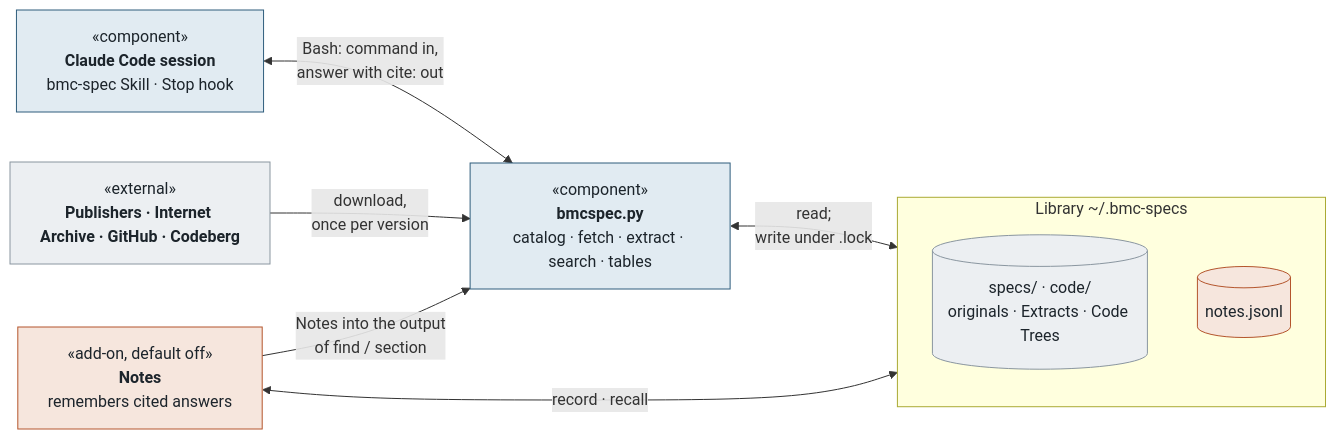
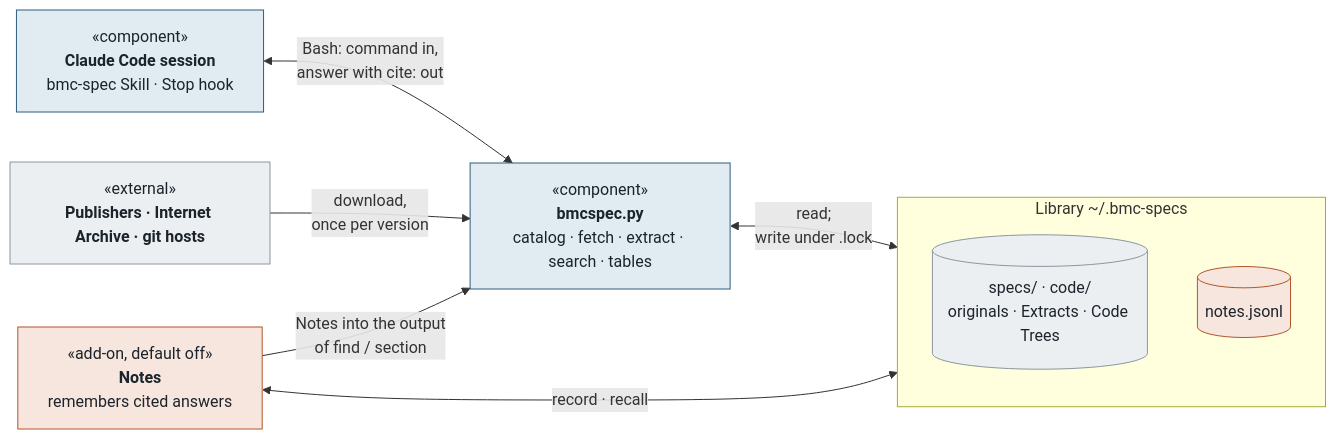
One commit to ianmhuang/bmc-toolkit changed the first of 2 diagrams in README.md. Above: the diagram before and after it, drawn with Mermaid. The commit also changed other lines of this file and 6 other files, not shown here.

````diff
--- a/README.md
+++ b/README.md
@@ -23,20 +23,20 @@
 ```mermaid
 flowchart LR
     S["«component»<br/><b>Claude Code session</b><br/>bmc-spec Skill · Stop hook"]:::read
     T["«component»<br/><b>bmcspec.py</b><br/>catalog · fetch · extract · search · tables"]:::read
     N["«add-on, default off»<br/><b>Notes</b><br/>remembers cited answers"]:::mem
-    W["«external»<br/><b>Publishers · Internet Archive · GitHub · Codeberg</b>"]:::disk
+    W["«external»<br/><b>Publishers · Internet Archive · git hosts</b>"]:::disk
     subgraph L["Library  ~/.bmc-specs"]
         direction TB
         D[("specs/ · code/<br/>originals · Extracts · Code Trees")]:::disk
         J[("notes.jsonl")]:::mem
     end
     S <-->|"Bash: command in,<br/>answer with cite: out"| T
     W -->|"download,<br/>once per version"| T
     T <-->|"read;<br/>write under .lock"| D
     N -->|"Notes into the output<br/>of find / section"| T
     N <-->|"record · recall"| J
     classDef read fill:#E1EBF2,stroke:#2F5D7C,color:#1C242B
     classDef mem fill:#F6E6DD,stroke:#B4552C,color:#1C242B
     classDef disk fill:#ECEFF2,stroke:#8A96A0,color:#1C242B
 ```
````
